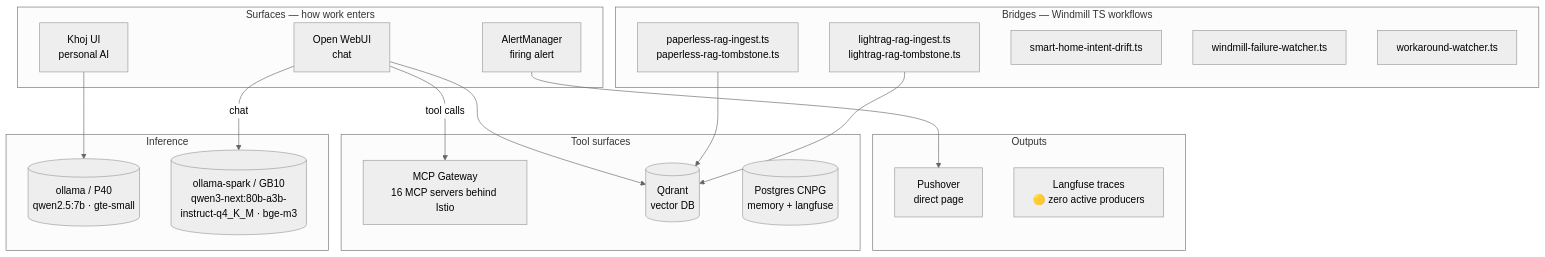
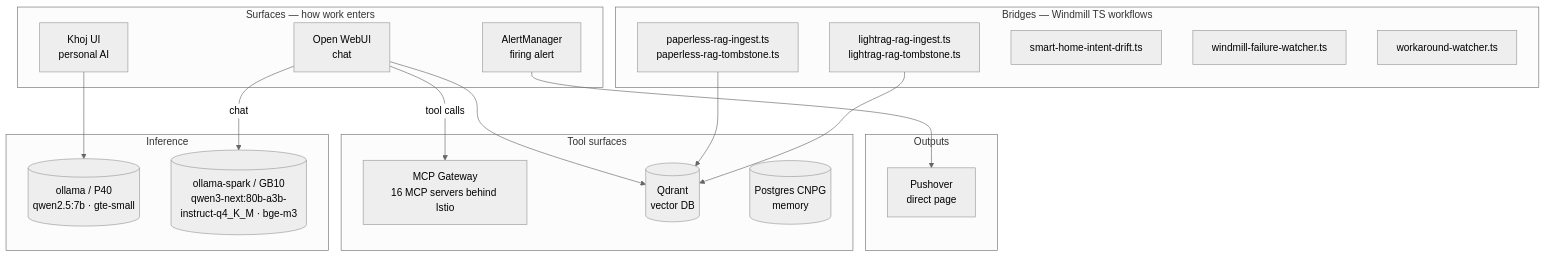
The diagram in docs/src/ai_architecture.md (rwlove/home-ops), drawn with Mermaid (neutral theme) before and after one commit. The commit also changed other lines of this file and 14 other files, not shown here.

````diff
--- a/docs/src/ai_architecture.md
+++ b/docs/src/ai_architecture.md
@@ -23,41 +23,40 @@
 ```mermaid
 flowchart TB
     subgraph Surfaces[Surfaces — how work enters]
         OWUI[Open WebUI<br/>chat]
         Khoj[Khoj UI<br/>personal AI]
         AM[AlertManager<br/>firing alert]
     end
 
     subgraph Bridges[Bridges — Windmill TS workflows]
         WPaperless[paperless-rag-ingest.ts<br/>paperless-rag-tombstone.ts]
         WLightrag[lightrag-rag-ingest.ts<br/>lightrag-rag-tombstone.ts]
         WIntent[smart-home-intent-drift.ts]
         WFail[windmill-failure-watcher.ts]
         WWork[workaround-watcher.ts]
     end
 
     subgraph Inference[Inference]
         OllamaP40[(ollama / P40<br/>qwen2.5:7b · gte-small)]
         OllamaSpark[(ollama-spark / GB10<br/>qwen3-next:80b-a3b-instruct-q4_K_M · bge-m3)]
     end
 
     subgraph Tools[Tool surfaces]
         Gw[MCP Gateway<br/>16 MCP servers behind Istio]
         Q[(Qdrant<br/>vector DB)]
-        PG[(Postgres CNPG<br/>memory + langfuse)]
+        PG[(Postgres CNPG<br/>memory)]
     end
 
     subgraph Outputs[Outputs]
         Push[Pushover<br/>direct page]
-        LF[Langfuse traces<br/>🟡 zero active producers]
     end
 
     OWUI -->|chat| OllamaSpark
     OWUI -->|tool calls| Gw
     OWUI --> Q
     Khoj --> OllamaP40
     AM --> Push
 
     WPaperless --> Q
     WLightrag --> Q
 ```
````
